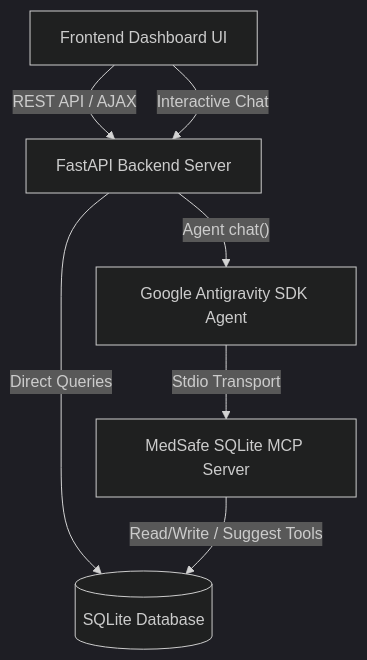
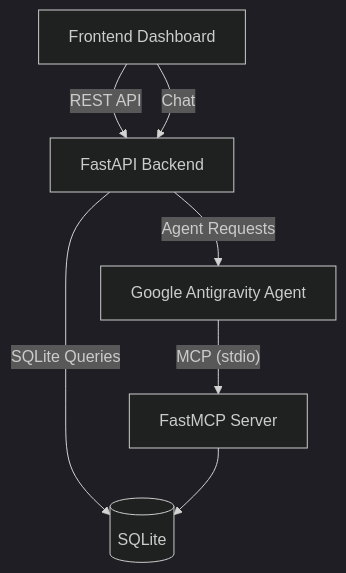
Before and after one commit to GODSON008/MEDSAFE-AI: the diagram in README.md, drawn with Mermaid (dark theme). The commit also changed other lines of this file, not shown here.

````diff
--- a/README.md
+++ b/README.md
@@ -44,9 +159,17 @@
 ```mermaid
 graph TD
-    UI["Frontend Dashboard UI"] -->|"REST API / AJAX"| FastAPI["FastAPI Backend Server"]
-    UI -->|"Interactive Chat"| FastAPI
-    FastAPI -->|"Agent chat()"| ADK["Google Antigravity SDK Agent"]
-    FastAPI -->|"Direct Queries"| DB[("SQLite Database")]
-    ADK -->|"Stdio Transport"| MCPServer["MedSafe SQLite MCP Server"]
-    MCPServer -->|"Read/Write / Suggest Tools"| DB
+
+UI["Frontend Dashboard"]
+
+UI -->|"REST API"| FastAPI["FastAPI Backend"]
+
+UI -->|"Chat"| FastAPI
+
+FastAPI -->|"Agent Requests"| Agent["Google Antigravity Agent"]
+
+FastAPI -->|"SQLite Queries"| DB[(SQLite)]
+
+Agent -->|"MCP (stdio)"| MCP["FastMCP Server"]
+
+MCP --> DB
 ```
````
